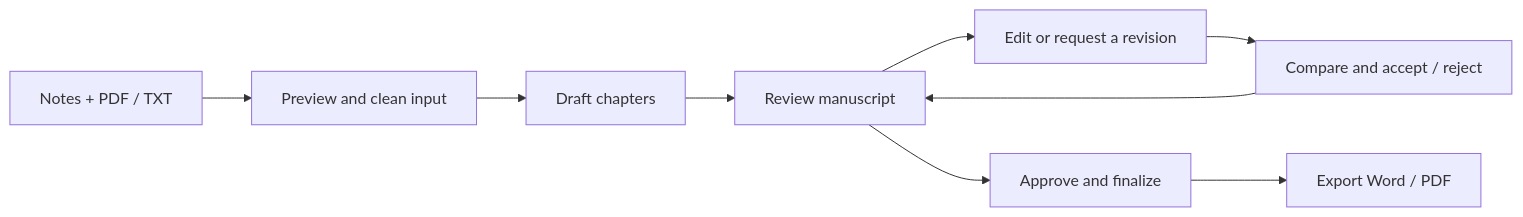
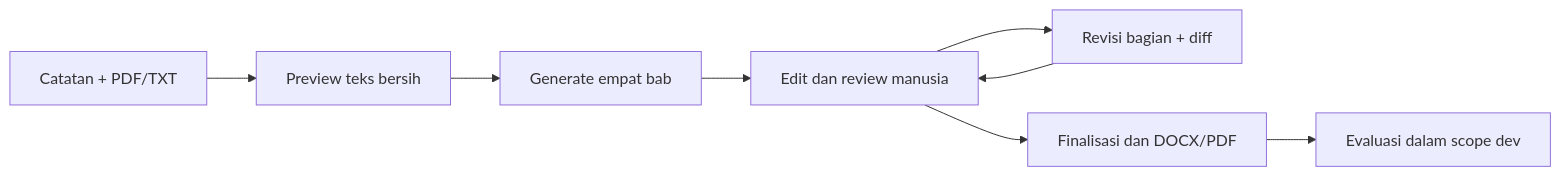
One commit to AYASSEU/Naskah changed the diagram in README.md. Above: the diagram before and after it, drawn with Mermaid. The commit also changed other lines of this file and 21 other files, not shown here.

````diff
--- a/README.md
+++ b/README.md
@@ -38,11 +51,10 @@
 ```mermaid
 flowchart LR
-    A[Notes + PDF / TXT] --> B[Preview and clean input]
-    B --> C[Draft chapters]
-    C --> D[Review manuscript]
-    D --> E[Edit or request a revision]
-    E --> F[Compare and accept / reject]
-    F --> D
-    D --> G[Approve and finalize]
-    G --> H[Export Word / PDF]
+  A[Catatan + PDF/TXT] --> B[Preview teks bersih]
+  B --> C[Generate empat bab]
+  C --> D[Edit dan review manusia]
+  D --> E[Revisi bagian + diff]
+  E --> D
+  D --> F[Finalisasi dan DOCX/PDF]
+  F --> G[Evaluasi dalam scope dev]
 ```
````
